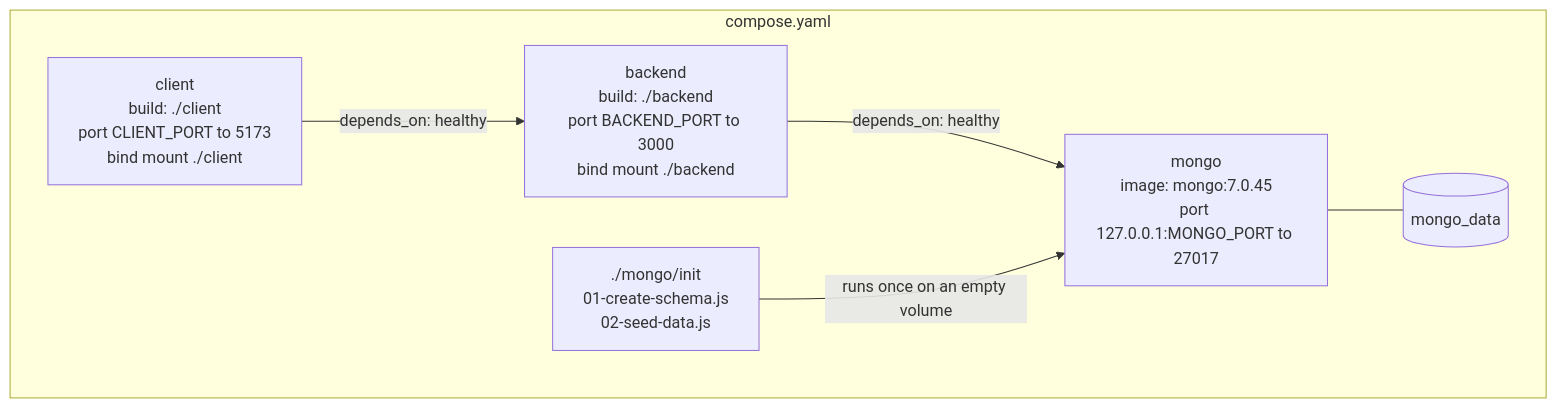
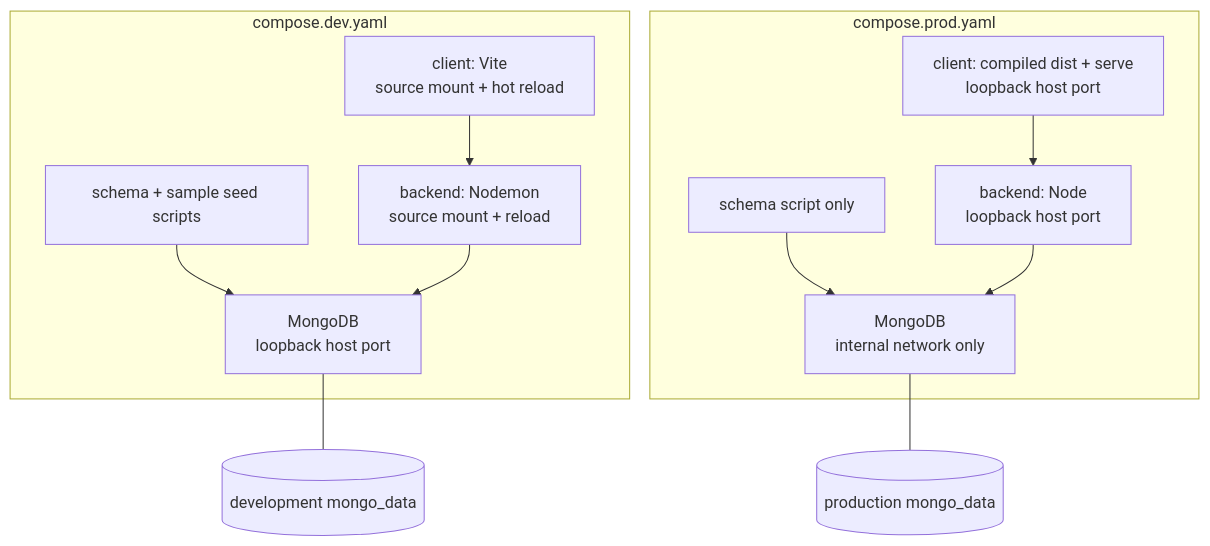
Before and after one commit to Skatboards/COP4331-MERN-Project: the second of 4 diagrams in docs/system-design.md, drawn with Mermaid. The commit also changed other lines of this file and 9 other files, not shown here.

````diff
--- a/docs/system-design.md
+++ b/docs/system-design.md
@@ -55,15 +59,23 @@
 ```mermaid
 flowchart TB
-    subgraph compose["compose.yaml"]
-        client["client<br/>build: ./client<br/>port CLIENT_PORT to 5173<br/>bind mount ./client"]
-        backend["backend<br/>build: ./backend<br/>port BACKEND_PORT to 3000<br/>bind mount ./backend"]
-        mongo["mongo<br/>image: mongo:7.0.45<br/>port 127.0.0.1:MONGO_PORT to 27017"]
-        init["./mongo/init<br/>01-create-schema.js<br/>02-seed-data.js"]
-        data[("mongo_data")]
+    subgraph dev["compose.dev.yaml"]
+        devClient["client: Vite<br/>source mount + hot reload"]
+        devBackend["backend: Nodemon<br/>source mount + reload"]
+        devMongo["MongoDB<br/>loopback host port"]
+        devInit["schema + sample seed scripts"]
     end
 
-    client -->|"depends_on: healthy"| backend
-    backend -->|"depends_on: healthy"| mongo
-    init -->|"runs once on an empty volume"| mongo
-    mongo --- data
+    subgraph prod["compose.prod.yaml"]
+        prodClient["client: compiled dist + serve<br/>loopback host port"]
+        prodBackend["backend: Node<br/>loopback host port"]
+        prodMongo["MongoDB<br/>internal network only"]
+        prodInit["schema script only"]
+    end
+
+    devInit --> devMongo
+    devClient --> devBackend --> devMongo
+    prodInit --> prodMongo
+    prodClient --> prodBackend --> prodMongo
+    devMongo --- devData[("development mongo_data")]
+    prodMongo --- prodData[("production mongo_data")]
 ```
````
